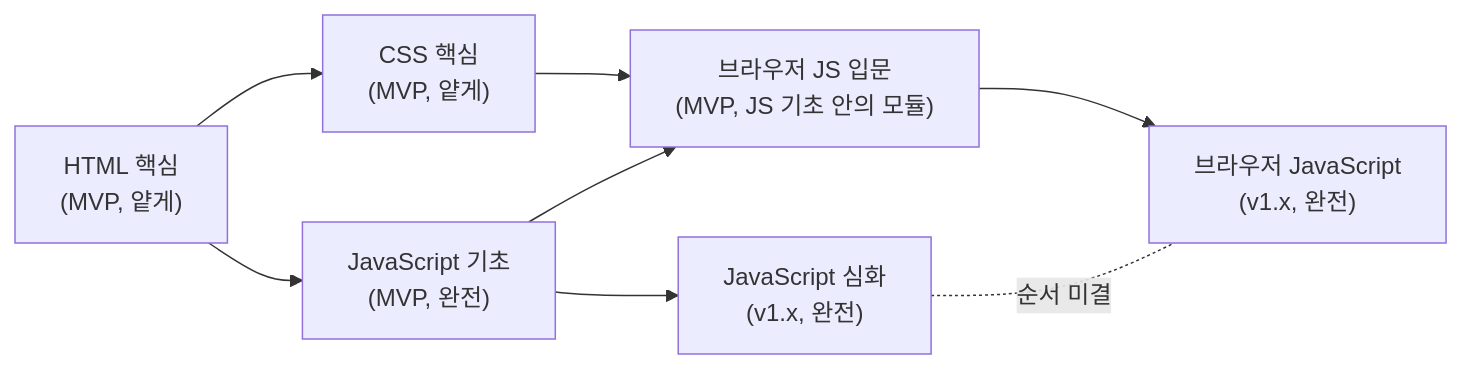
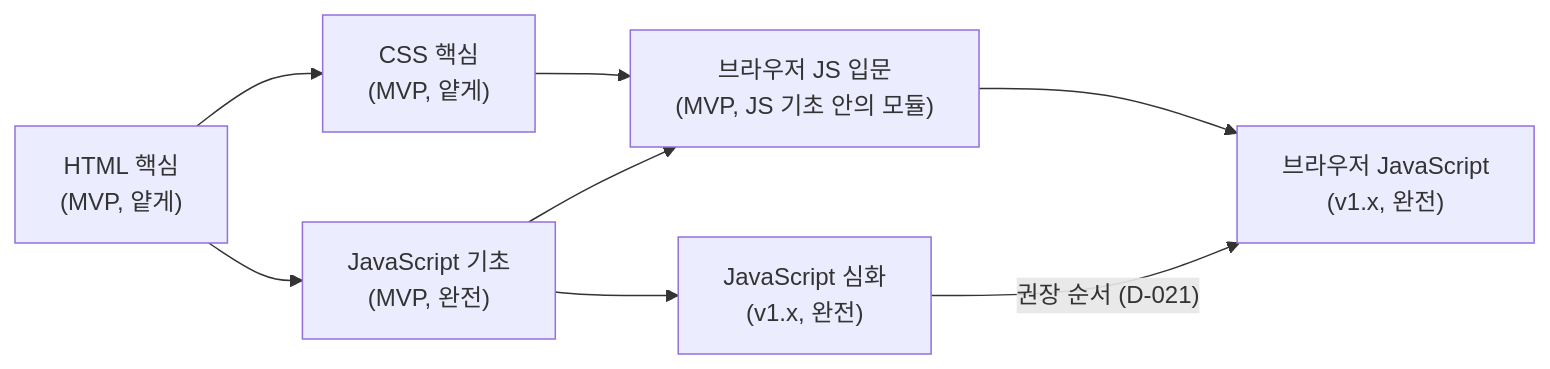
One commit to ProgInOne/javascript changed the second of 6 diagrams in docs/design/content-and-exercises.md. Above: the diagram before and after it, drawn with Mermaid. The commit also changed other lines of this file and 9 other files, not shown here.

````diff
--- a/docs/design/content-and-exercises.md
+++ b/docs/design/content-and-exercises.md
@@ -117,10 +117,10 @@
 ```mermaid
 flowchart LR
     H["HTML 핵심<br/>(MVP, 얕게)"] --> C["CSS 핵심<br/>(MVP, 얕게)"]
     H --> JB["JavaScript 기초<br/>(MVP, 완전)"]
     C --> BJ0["브라우저 JS 입문<br/>(MVP, JS 기초 안의 모듈)"]
     JB --> BJ0
     JB --> JA["JavaScript 심화<br/>(v1.x, 완전)"]
     BJ0 --> BJ["브라우저 JavaScript<br/>(v1.x, 완전)"]
-    JA -. "순서 미결" .- BJ
+    JA -- "권장 순서 (D-021)" --> BJ
 ```
````
